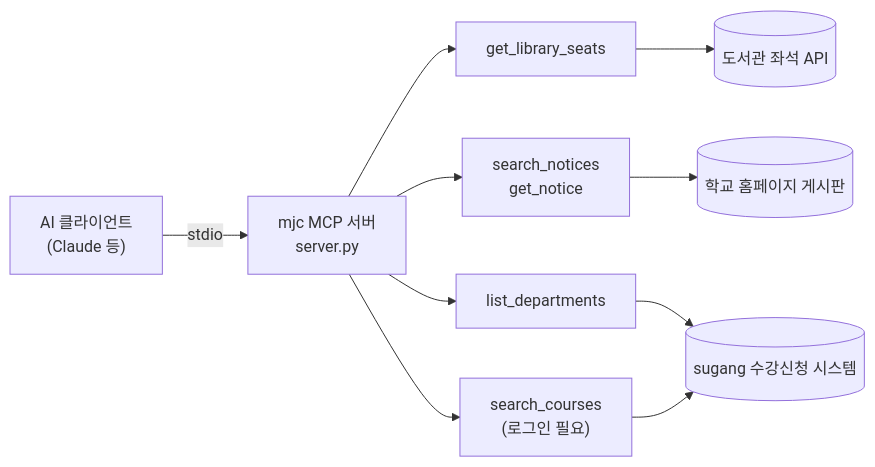
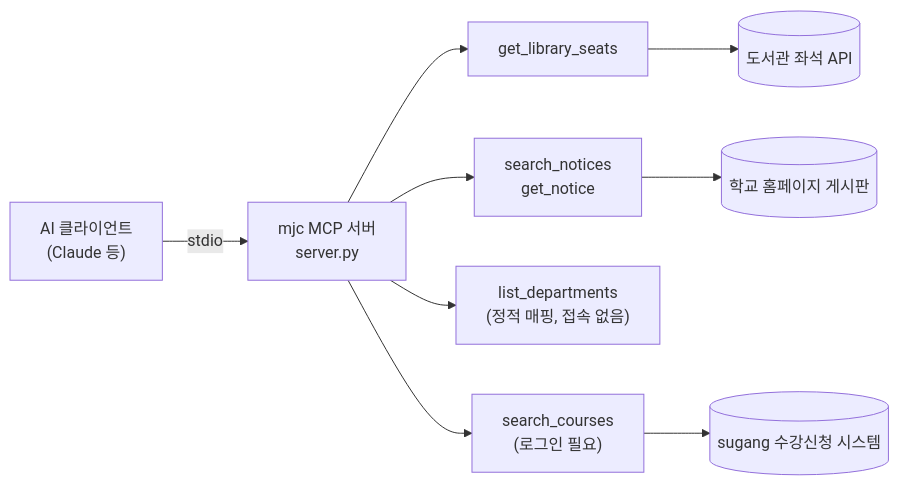
Before and after one commit to 4thIS/hachathon_mjc_mcp: the first of 2 diagrams in README.md, drawn with Mermaid.

Commit message:
docs: 아키텍처 다이어그램에서 list_departments의 sugang 접속 표시 제거 (정적 매핑이라 런타임 접속 없음)

````diff
--- a/README.md
+++ b/README.md
@@ -20,12 +20,11 @@
 ```mermaid
 flowchart LR
     Client["AI 클라이언트<br/>(Claude 등)"] -- stdio --> Server["mjc MCP 서버<br/>server.py"]
     Server --> Seats[get_library_seats]
     Server --> Notices["search_notices<br/>get_notice"]
-    Server --> Depts[list_departments]
+    Server --> Depts["list_departments<br/>(정적 매핑, 접속 없음)"]
     Server --> Courses["search_courses<br/>(로그인 필요)"]
     Seats --> LibAPI[("도서관 좌석 API")]
     Notices --> Web[("학교 홈페이지 게시판")]
-    Depts --> Sugang[("sugang 수강신청 시스템")]
-    Courses --> Sugang
+    Courses --> Sugang[("sugang 수강신청 시스템")]
 ```
````
